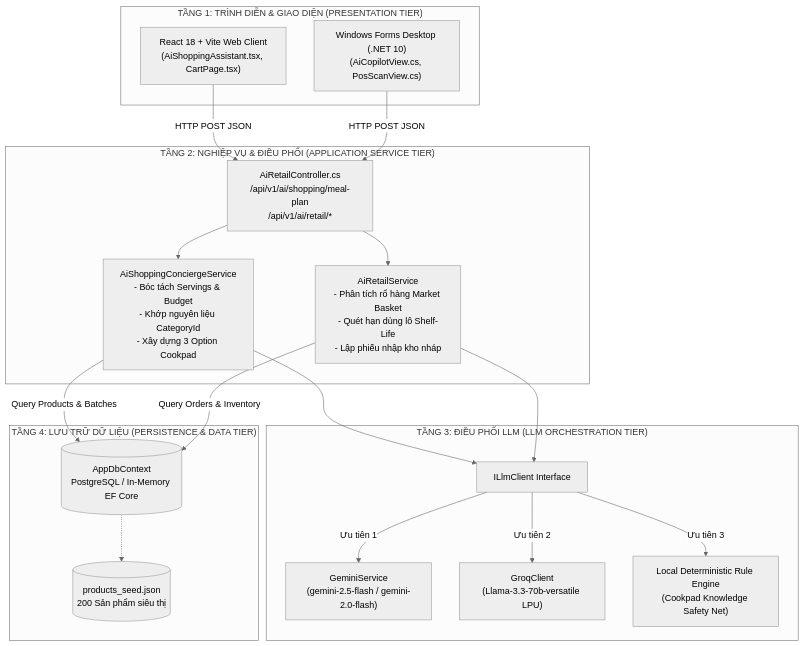
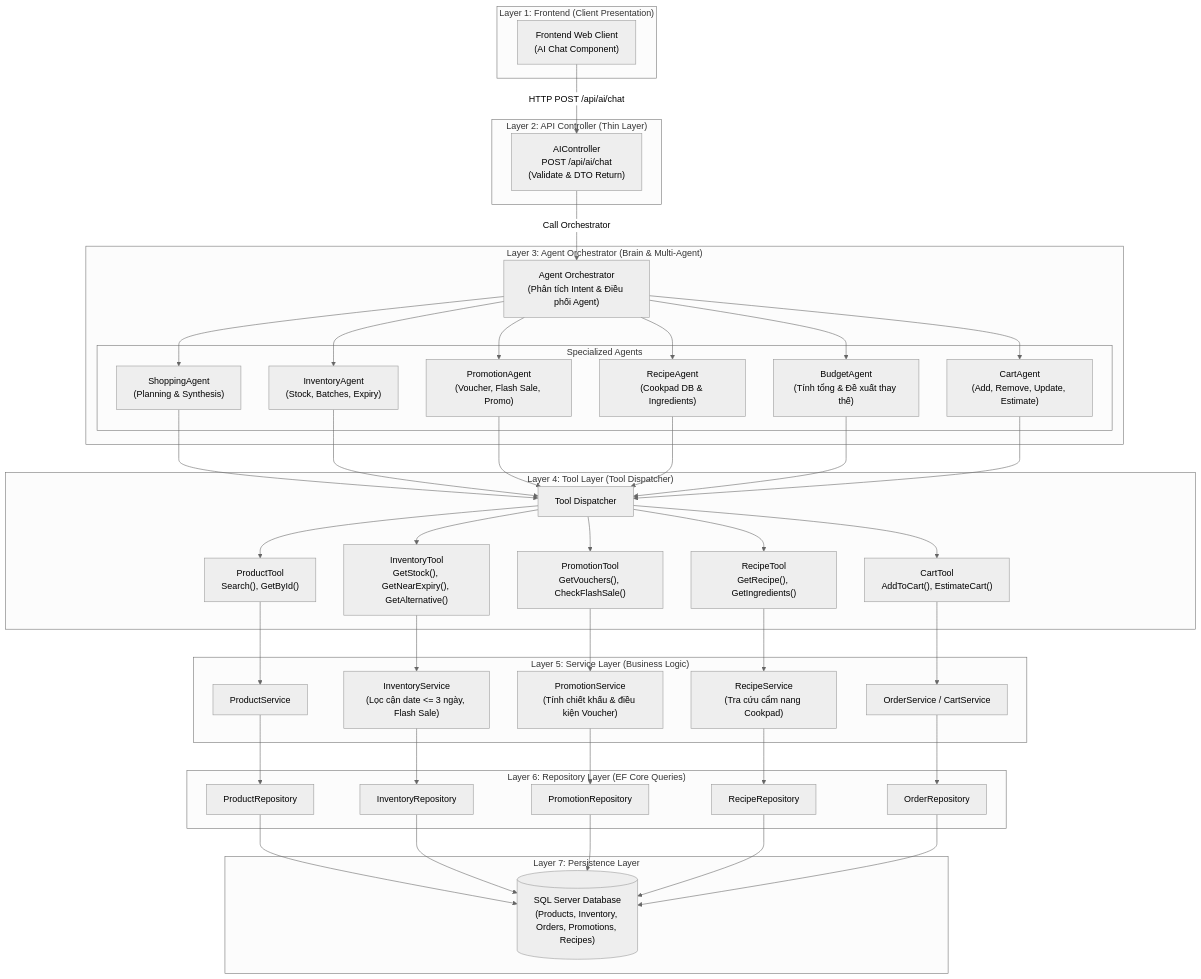
The diagram in docs/10_AI/diagrams/architecture.mmd (huykhang666/smart-supermarket), drawn with Mermaid (neutral theme) before and after one commit. The commit also changed 19 other files, not shown here.

Commit message:
docs(ai): align architecture, prompts, examples, templates and knowledge base with enterprise multi-layer design

```diff
--- a/docs/10_AI/diagrams/architecture.mmd
+++ b/docs/10_AI/diagrams/architecture.mmd
@@ -1,39 +1,91 @@
 flowchart TD
-    subgraph Presentation["TẦNG 1: TRÌNH DIỄN & GIAO DIỆN (PRESENTATION TIER)"]
-        Web["React 18 + Vite Web Client<br/>(AiShoppingAssistant.tsx, CartPage.tsx)"]
-        Desktop["Windows Forms Desktop (.NET 10)<br/>(AiCopilotView.cs, PosScanView.cs)"]
+    subgraph Layer1["Layer 1: Frontend (Client Presentation)"]
+        UI["Frontend Web Client<br/>(AI Chat Component)"]
     end
 
-    subgraph API_Services["TẦNG 2: NGHIỆP VỤ & ĐIỀU PHỐI (APPLICATION SERVICE TIER)"]
-        Ctrl["AiRetailController.cs<br/>/api/v1/ai/shopping/meal-plan<br/>/api/v1/ai/retail/*"]
-        Concierge["AiShoppingConciergeService<br/>- Bóc tách Servings & Budget<br/>- Khớp nguyên liệu CategoryId<br/>- Xây dựng 3 Option Cookpad"]
-        Retail["AiRetailService<br/>- Phân tích rổ hàng Market Basket<br/>- Quét hạn dùng lô Shelf-Life<br/>- Lập phiếu nhập kho nháp"]
+    subgraph Layer2["Layer 2: API Controller (Thin Layer)"]
+        Ctrl["AIController<br/>POST /api/ai/chat<br/>(Validate & DTO Return)"]
     end
 
-    subgraph LLM_Orchestration["TẦNG 3: ĐIỀU PHỐI LLM (LLM ORCHESTRATION TIER)"]
-        ILlm["ILlmClient Interface"]
-        Gemini["GeminiService<br/>(gemini-2.5-flash / gemini-2.0-flash)"]
-        Groq["GroqClient<br/>(Llama-3.3-70b-versatile LPU)"]
-        Local["Local Deterministic Rule Engine<br/>(Cookpad Knowledge Safety Net)"]
+    subgraph Layer3["Layer 3: Agent Orchestrator (Brain & Multi-Agent)"]
+        Orch["Agent Orchestrator<br/>(Phân tích Intent & Điều phối Agent)"]
+        
+        subgraph Agents["Specialized Agents"]
+            ShoppingAgent["ShoppingAgent<br/>(Planning & Synthesis)"]
+            InventoryAgent["InventoryAgent<br/>(Stock, Batches, Expiry)"]
+            PromotionAgent["PromotionAgent<br/>(Voucher, Flash Sale, Promo)"]
+            RecipeAgent["RecipeAgent<br/>(Cookpad DB & Ingredients)"]
+            BudgetAgent["BudgetAgent<br/>(Tính tổng & Đề xuất thay thế)"]
+            CartAgent["CartAgent<br/>(Add, Remove, Update, Estimate)"]
+        end
     end
 
-    subgraph Database["TẦNG 4: LƯU TRỮ DỮ LIỆU (PERSISTENCE & DATA TIER)"]
-        DB[(AppDbContext<br/>PostgreSQL / In-Memory EF Core)]
-        SeedData[("products_seed.json<br/>200 Sản phẩm siêu thị")]
+    subgraph Layer4["Layer 4: Tool Layer (Tool Dispatcher)"]
+        Dispatcher["Tool Dispatcher"]
+        ProductTool["ProductTool<br/>Search(), GetById()"]
+        InventoryTool["InventoryTool<br/>GetStock(), GetNearExpiry(), GetAlternative()"]
+        PromotionTool["PromotionTool<br/>GetVouchers(), CheckFlashSale()"]
+        RecipeTool["RecipeTool<br/>GetRecipe(), GetIngredients()"]
+        CartTool["CartTool<br/>AddToCart(), EstimateCart()"]
     end
 
-    Web -->|HTTP POST JSON| Ctrl
-    Desktop -->|HTTP POST JSON| Ctrl
-    Ctrl --> Concierge
-    Ctrl --> Retail
+    subgraph Layer5["Layer 5: Service Layer (Business Logic)"]
+        ProductService["ProductService"]
+        InventoryService["InventoryService<br/>(Lọc cận date <= 3 ngày, Flash Sale)"]
+        PromotionService["PromotionService<br/>(Tính chiết khấu & điều kiện Voucher)"]
+        RecipeService["RecipeService<br/>(Tra cứu cẩm nang Cookpad)"]
+        OrderService["OrderService / CartService"]
+    end
 
-    Concierge --> ILlm
-    Retail --> ILlm
+    subgraph Layer6["Layer 6: Repository Layer (EF Core Queries)"]
+        ProductRepo["ProductRepository"]
+        InventoryRepo["InventoryRepository"]
+        PromotionRepo["PromotionRepository"]
+        RecipeRepo["RecipeRepository"]
+        OrderRepo["OrderRepository"]
+    end
 
-    ILlm -->|Ưu tiên 1| Gemini
-    ILlm -->|Ưu tiên 2| Groq
-    ILlm -->|Ưu tiên 3| Local
+    subgraph Layer7["Layer 7: Persistence Layer"]
+        DB[("SQL Server Database<br/>(Products, Inventory, Orders, Promotions, Recipes)")]
+    end
 
-    Concierge -->|Query Products & Batches| DB
-    Retail -->|Query Orders & Inventory| DB
-    DB -.-> SeedData
+    UI -->|HTTP POST /api/ai/chat| Ctrl
+    Ctrl -->|Call Orchestrator| Orch
+
+    Orch --> ShoppingAgent
+    Orch --> InventoryAgent
+    Orch --> PromotionAgent
+    Orch --> RecipeAgent
+    Orch --> BudgetAgent
+    Orch --> CartAgent
+
+    ShoppingAgent --> Dispatcher
+    InventoryAgent --> Dispatcher
+    PromotionAgent --> Dispatcher
+    RecipeAgent --> Dispatcher
+    BudgetAgent --> Dispatcher
+    CartAgent --> Dispatcher
+
+    Dispatcher --> ProductTool
+    Dispatcher --> InventoryTool
+    Dispatcher --> PromotionTool
+    Dispatcher --> RecipeTool
+    Dispatcher --> CartTool
+
+    ProductTool --> ProductService
+    InventoryTool --> InventoryService
+    PromotionTool --> PromotionService
+    RecipeTool --> RecipeService
+    CartTool --> OrderService
+
+    ProductService --> ProductRepo
+    InventoryService --> InventoryRepo
+    PromotionService --> PromotionRepo
+    RecipeService --> RecipeRepo
+    OrderService --> OrderRepo
+
+    ProductRepo --> DB
+    InventoryRepo --> DB
+    PromotionRepo --> DB
+    RecipeRepo --> DB
+    OrderRepo --> DB
```
